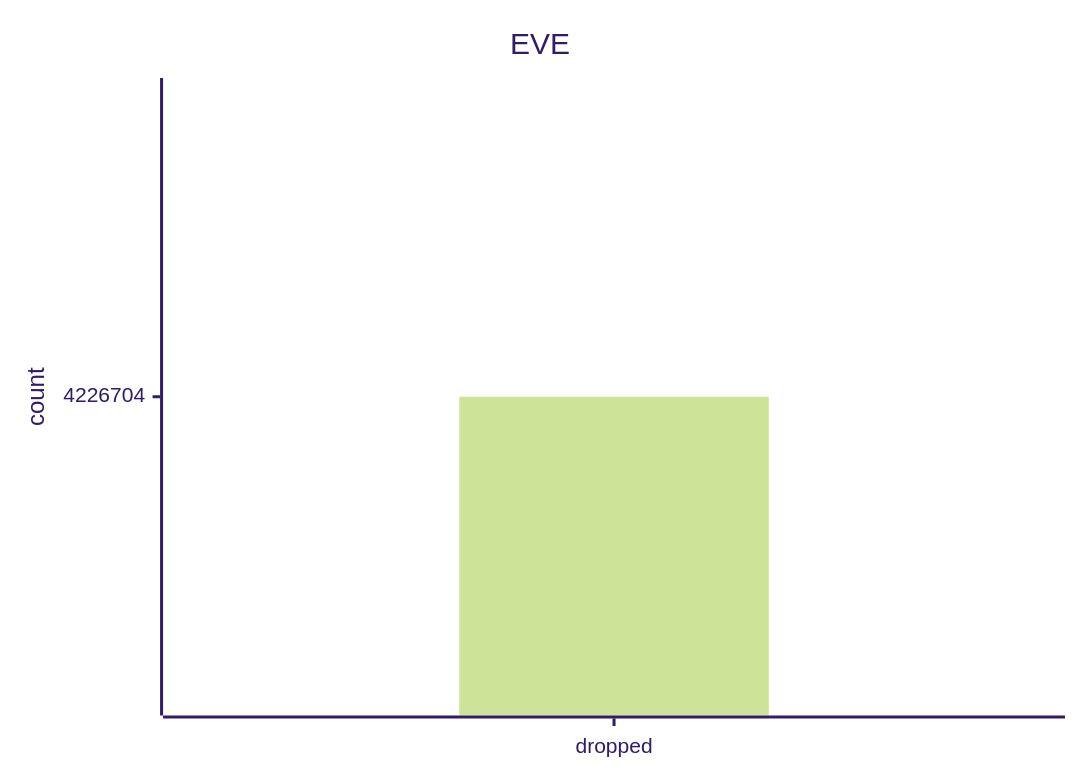
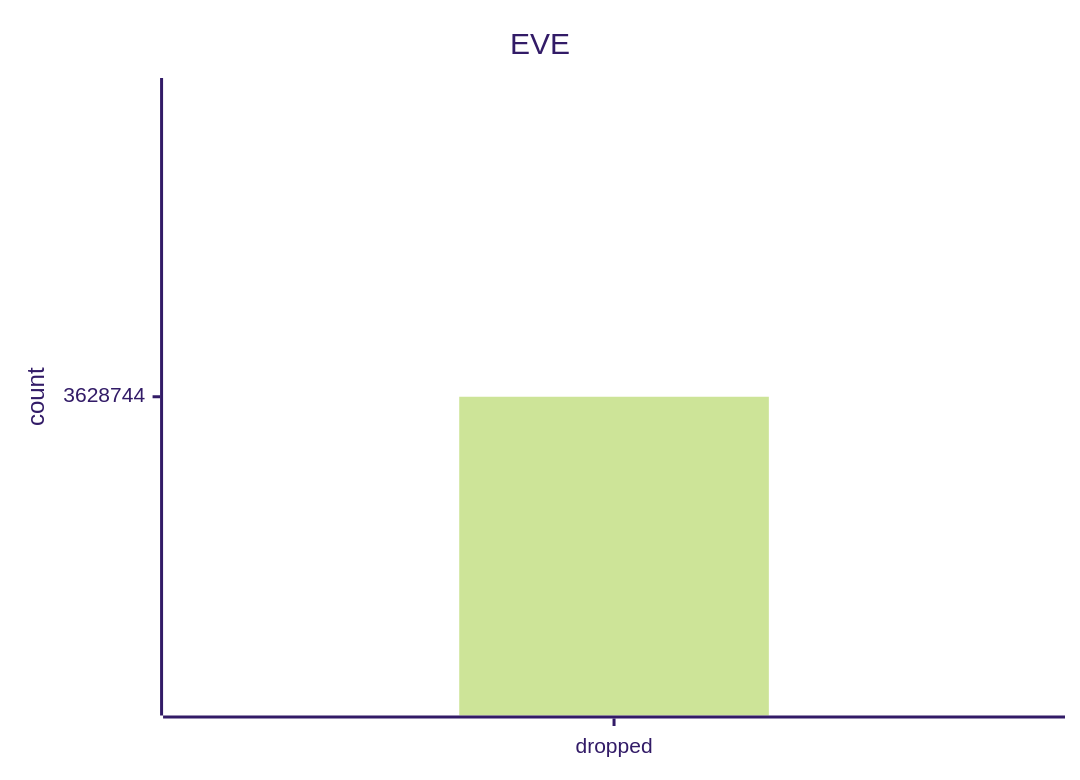
Before and after one commit to jrengmusic/eve: the second of 10 diagrams in benchmark/live-report.md, drawn with Mermaid (forest theme). The commit also changed other lines of this file and 6 other files, not shown here.

````diff
--- a/benchmark/live-report.md
+++ b/benchmark/live-report.md
@@ -1679,7 +1673,7 @@
 ```mermaid
 xychart-beta
 title "EVE"
 x-axis ["dropped"]
 y-axis "count"
-bar [4226704.00000000000000000]
+bar [3628744.00000000000000000]
 ```
````
